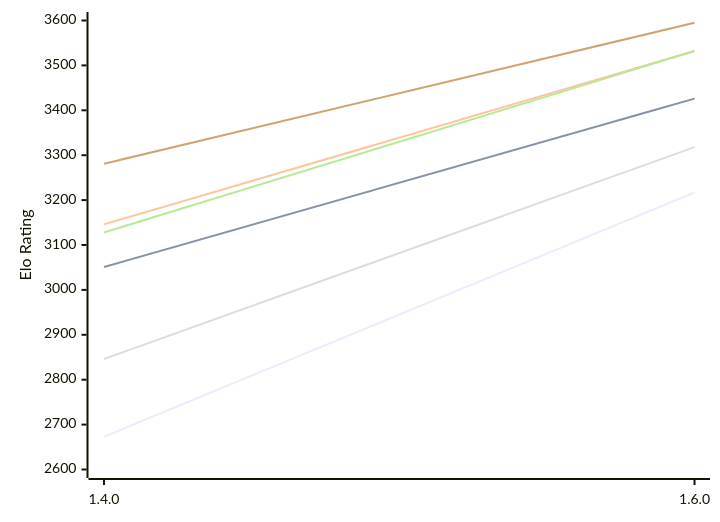
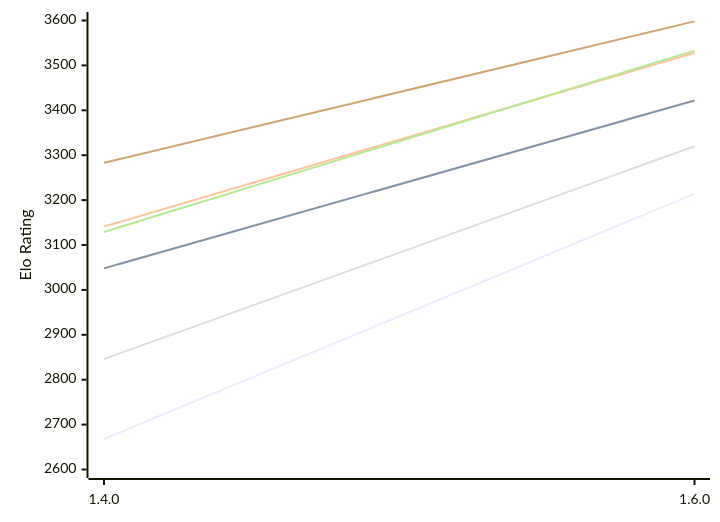
Before and after one commit to computer-chess-index/cci: the first of 2 diagrams in engines/Gyatso.md, drawn with Mermaid. The commit also changed other lines of this file, not shown here.

Commit message:
Update CCI Ratings (ELO VLTC) - 2026-11-09

````diff
--- a/engines/Gyatso.md
+++ b/engines/Gyatso.md
@@ -53,12 +53,12 @@
 ```mermaid
 %%{init: {"theme":"base","themeVariables":{"seriesColors:['#a3a3a3','#222221','#faa371']}}}%%
 xychart-beta
   x-axis ["1.4.0", "1.6.0"]
   y-axis "Elo Rating" 2600 --> 3600
-  line "E1: STC (8.0+0.08s)" [2673, 3217]
-  line "E1: LTC (60.0+0.60s)" [3051, 3426]
-  line "E1: VLTC (2m24s+1.12s)" [3146, 3532]
-  line "P1: STC (8.0+0.08s)" [2846, 3318]
-  line "P1: LTC (60.0+0.60s)" [3128, 3532]
-  line "P1: VLTC (2m24s+1.12s)" [3281, 3595]
+  line "E1: STC (8.0+0.08s)" [2668, 3214]
+  line "E1: LTC (60.0+0.60s)" [3048, 3422]
+  line "E1: VLTC (2m24s+1.12s)" [3141, 3528]
+  line "P1: STC (8.0+0.08s)" [2846, 3320]
+  line "P1: LTC (60.0+0.60s)" [3129, 3533]
+  line "P1: VLTC (2m24s+1.12s)" [3283, 3598]
 ```
````
